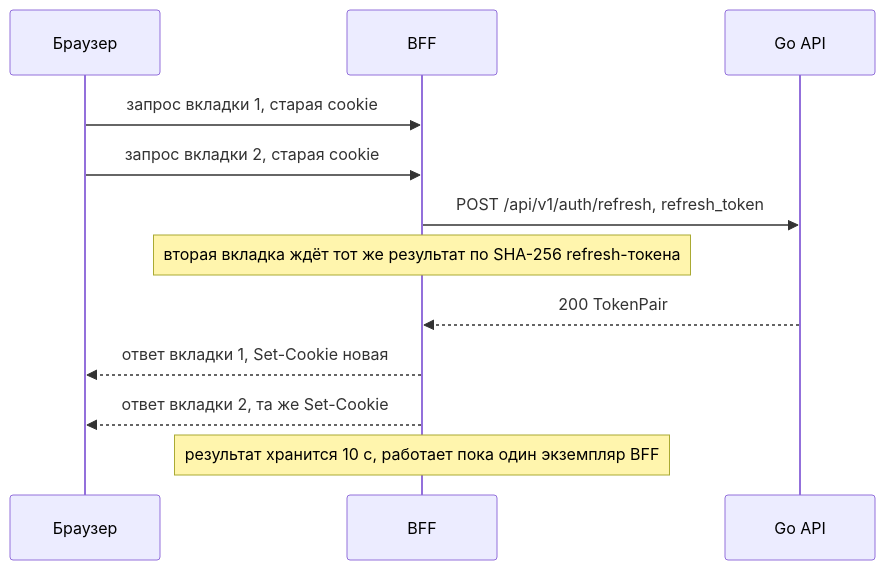
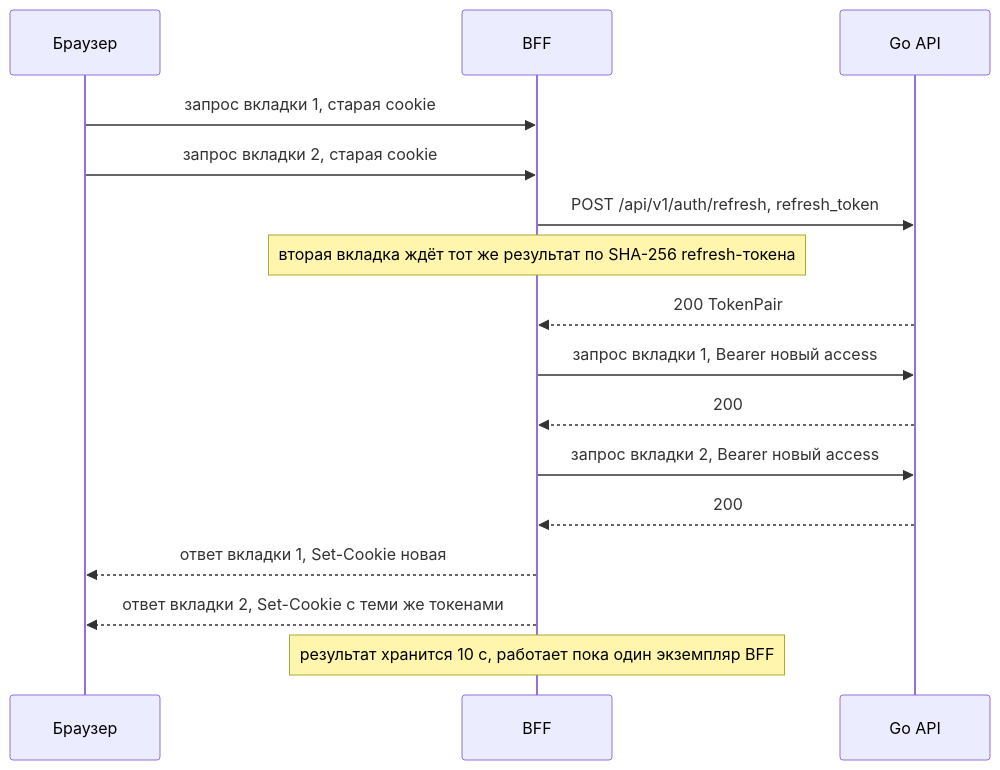
The fourth of 10 diagrams in site/bff/auth.md (Cringe-Driven-Development-Team/docs), drawn with Mermaid before and after one commit. The commit also changed other lines of this file and 3 other files, not shown here.

````diff
--- a/site/bff/auth.md
+++ b/site/bff/auth.md
@@ -182,14 +191,18 @@
 ```mermaid
 sequenceDiagram
   participant B as Браузер
   participant P as BFF
   participant A as Go API
   B->>P: запрос вкладки 1, старая cookie
   B->>P: запрос вкладки 2, старая cookie
   P->>A: POST /api/v1/auth/refresh, refresh_token
   Note over P: вторая вкладка ждёт тот же результат по SHA-256 refresh-токена
   A-->>P: 200 TokenPair
+  P->>A: запрос вкладки 1, Bearer новый access
+  A-->>P: 200
+  P->>A: запрос вкладки 2, Bearer новый access
+  A-->>P: 200
   P-->>B: ответ вкладки 1, Set-Cookie новая
-  P-->>B: ответ вкладки 2, та же Set-Cookie
+  P-->>B: ответ вкладки 2, Set-Cookie с теми же токенами
   Note over P: результат хранится 10 с, работает пока один экземпляр BFF
 ```
````
